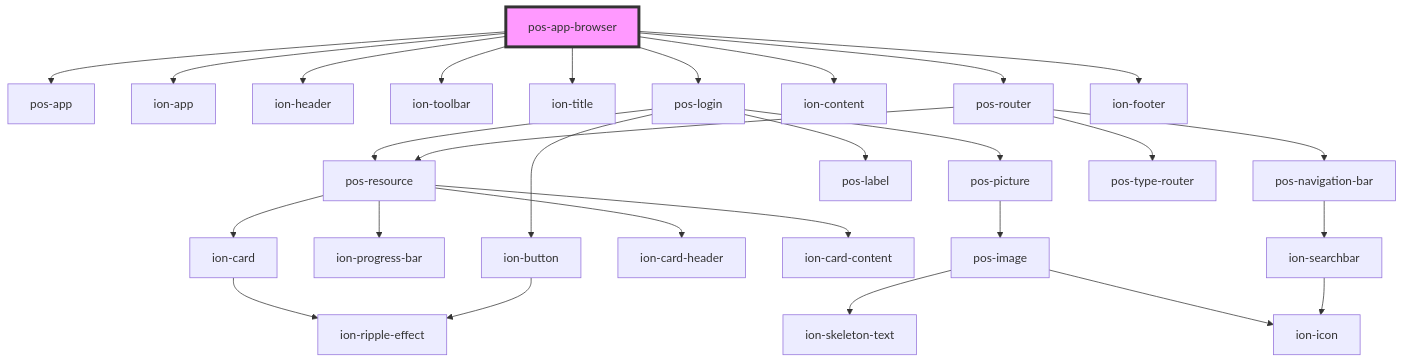
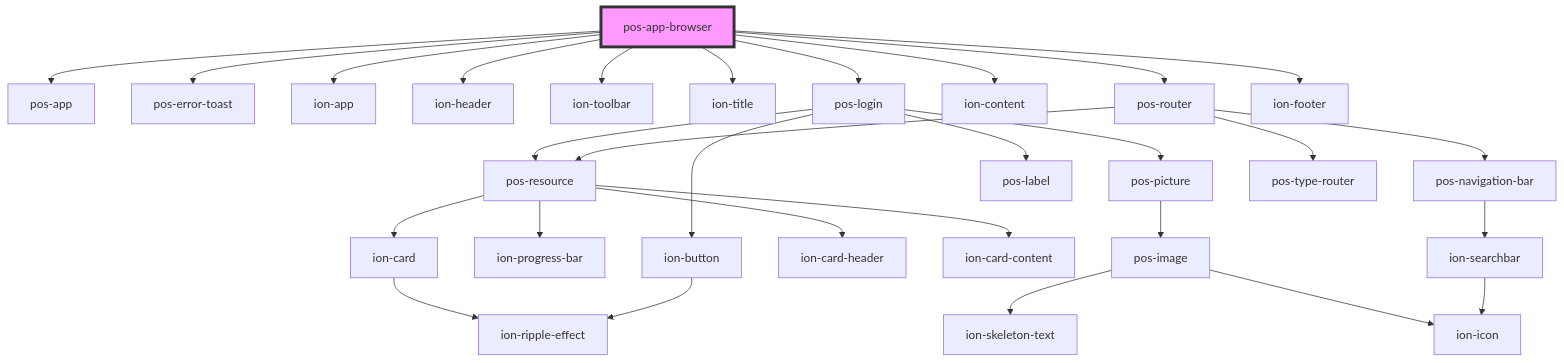
Before and after one commit to pod-os/PodOS: the diagram in docs/elements/apps/pos-app-browser/readme.md, drawn with Mermaid. The commit also changed other lines of this file and 10 other files, not shown here.

````diff
--- a/docs/elements/apps/pos-app-browser/readme.md
+++ b/docs/elements/apps/pos-app-browser/readme.md
@@ -23,31 +24,32 @@
 ```mermaid
 graph TD;
   pos-app-browser --> pos-app
+  pos-app-browser --> pos-error-toast
   pos-app-browser --> ion-app
   pos-app-browser --> ion-header
   pos-app-browser --> ion-toolbar
   pos-app-browser --> ion-title
   pos-app-browser --> pos-login
   pos-app-browser --> ion-content
   pos-app-browser --> pos-router
   pos-app-browser --> ion-footer
   pos-login --> pos-resource
   pos-login --> pos-picture
   pos-login --> pos-label
   pos-login --> ion-button
   pos-resource --> ion-progress-bar
   pos-resource --> ion-card
   pos-resource --> ion-card-header
   pos-resource --> ion-card-content
   ion-card --> ion-ripple-effect
   pos-picture --> pos-image
   pos-image --> ion-skeleton-text
   pos-image --> ion-icon
   ion-button --> ion-ripple-effect
   pos-router --> pos-navigation-bar
   pos-router --> pos-resource
   pos-router --> pos-type-router
   pos-navigation-bar --> ion-searchbar
   ion-searchbar --> ion-icon
   style pos-app-browser fill:#f9f,stroke:#333,stroke-width:4px
 ```
````
